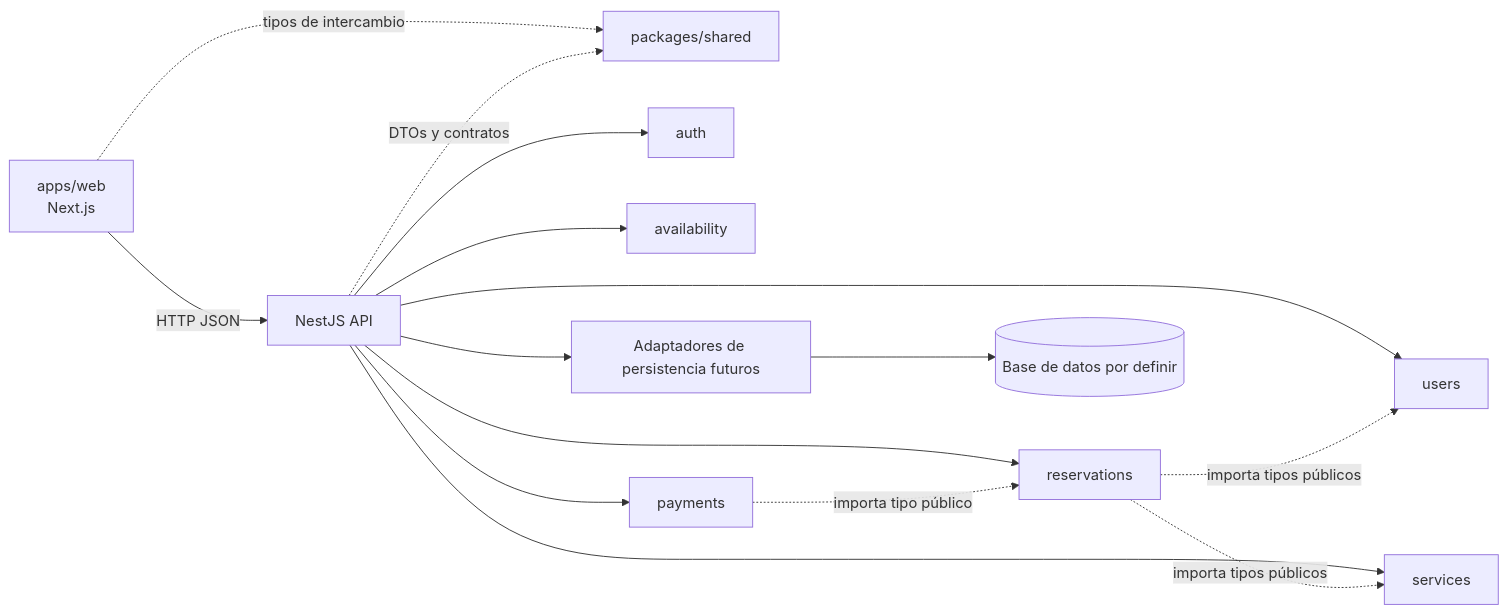
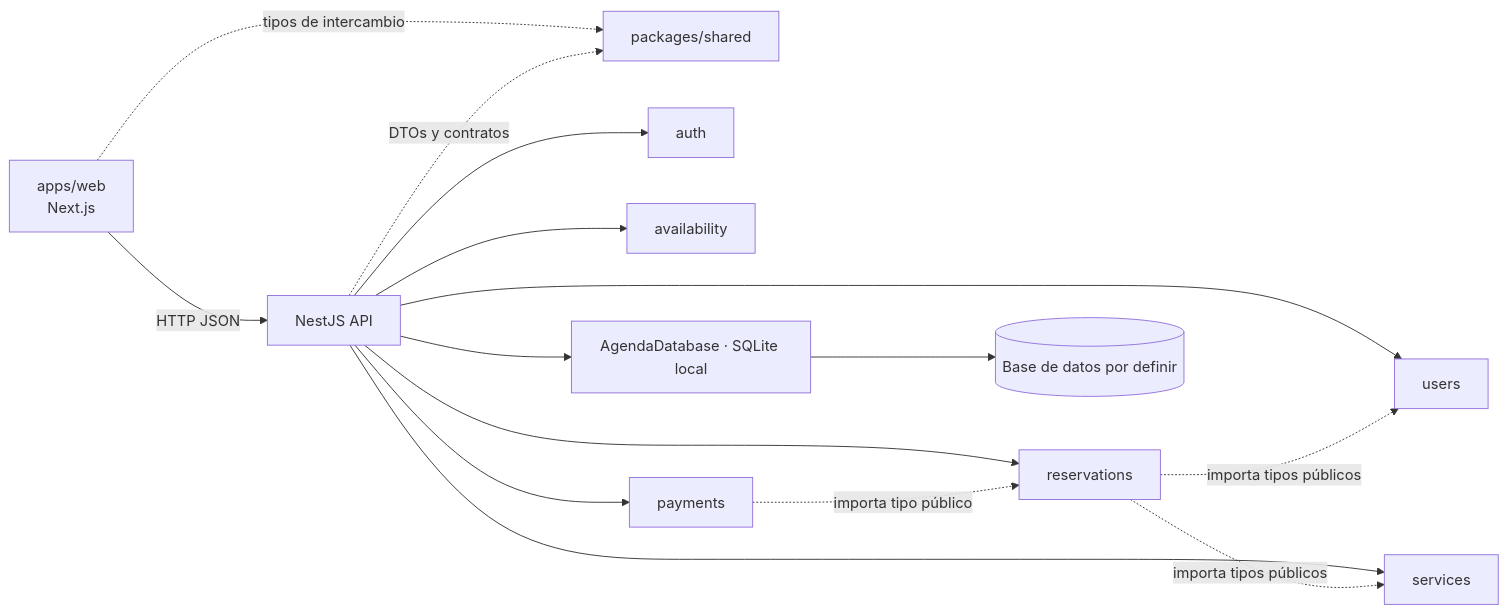
The diagram in docs/README-ARQUITECTURA-PROPUESTA.md (axelschein/agenda-app), drawn with Mermaid before and after one commit. The commit also changed other lines of this file and 44 other files, not shown here.

````diff
--- a/docs/README-ARQUITECTURA-PROPUESTA.md
+++ b/docs/README-ARQUITECTURA-PROPUESTA.md
@@ -103,17 +103,17 @@
 ```mermaid
 flowchart LR
     Web[apps/web\nNext.js] -->|HTTP JSON| API[NestJS API]
     Web -. tipos de intercambio .-> Shared[packages/shared]
     API -. DTOs y contratos .-> Shared
     API --> Auth[auth]
     API --> Users[users]
     API --> Services[services]
     API --> Availability[availability]
     API --> Reservations[reservations]
     API --> Payments[payments]
     Reservations -. importa tipos públicos .-> Users
     Reservations -. importa tipos públicos .-> Services
     Payments -. importa tipo público .-> Reservations
-    API --> Infra[Adaptadores de persistencia futuros]
+    API --> Infra[AgendaDatabase · SQLite local]
     Infra --> DB[(Base de datos por definir)]
 ```
````
